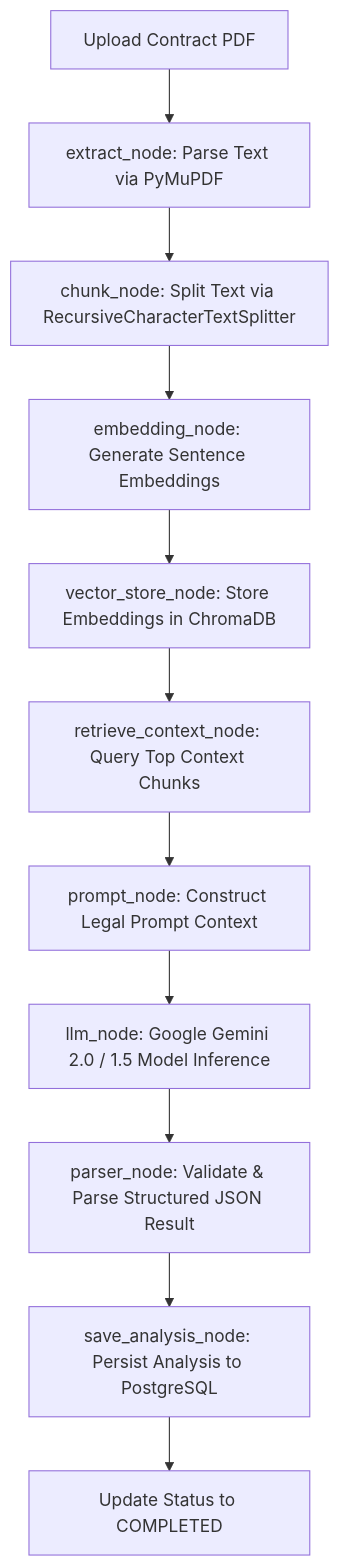
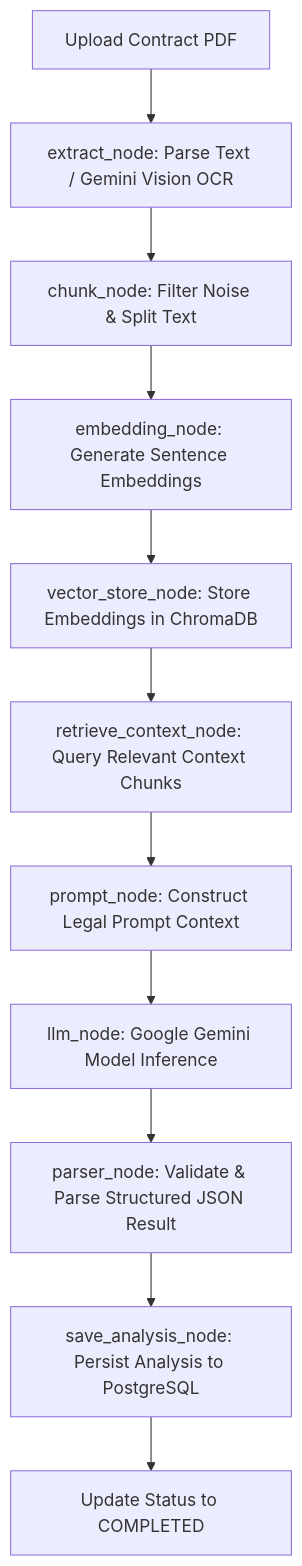
The diagram in README.md (parth123965-wq/Ai-Contract-Reviewer.), drawn with Mermaid before and after one commit. The commit also changed other lines of this file, not shown here.

````diff
--- a/README.md
+++ b/README.md
@@ -44,13 +59,13 @@
 ```mermaid
 graph TD
-    A[Upload Contract PDF] --> B[extract_node: Parse Text via PyMuPDF]
-    B --> C[chunk_node: Split Text via RecursiveCharacterTextSplitter]
+    A[Upload Contract PDF] --> B[extract_node: Parse Text / Gemini Vision OCR]
+    B --> C[chunk_node: Filter Noise & Split Text]
     C --> D[embedding_node: Generate Sentence Embeddings]
     D --> E[vector_store_node: Store Embeddings in ChromaDB]
-    E --> F[retrieve_context_node: Query Top Context Chunks]
+    E --> F[retrieve_context_node: Query Relevant Context Chunks]
     F --> G[prompt_node: Construct Legal Prompt Context]
-    G --> H[llm_node: Google Gemini 2.0 / 1.5 Model Inference]
+    G --> H[llm_node: Google Gemini Model Inference]
     H --> I[parser_node: Validate & Parse Structured JSON Result]
     I --> J[save_analysis_node: Persist Analysis to PostgreSQL]
     J --> K[Update Status to COMPLETED]
 ```
````
